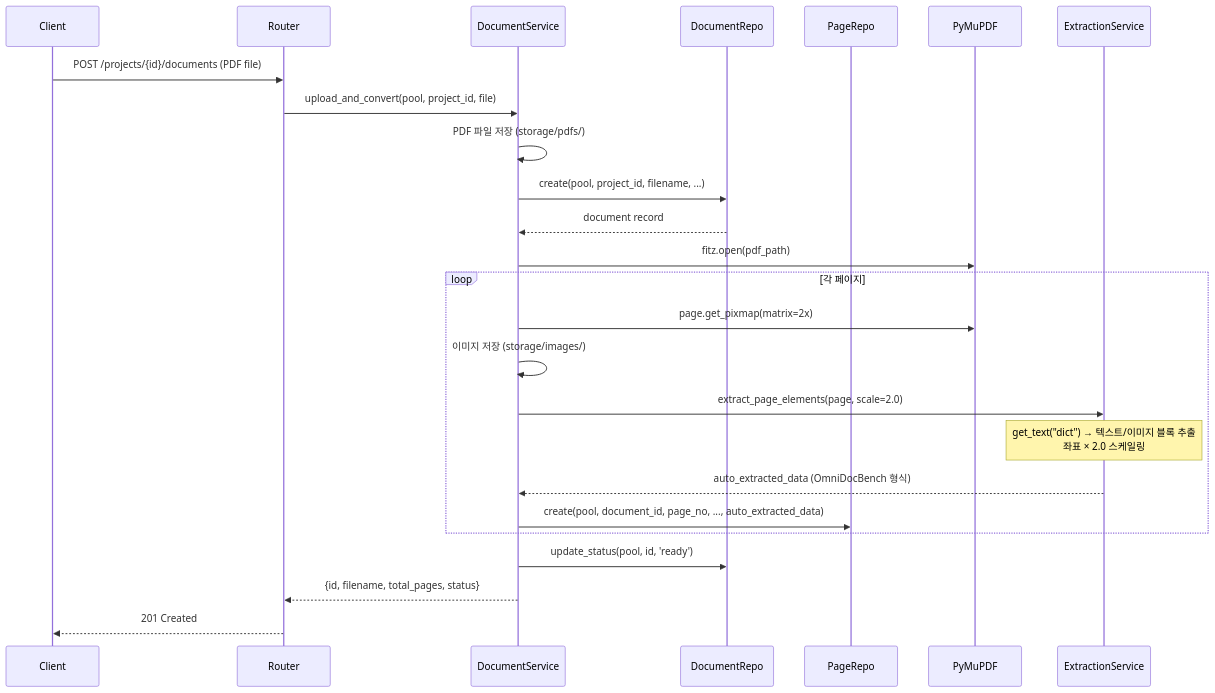
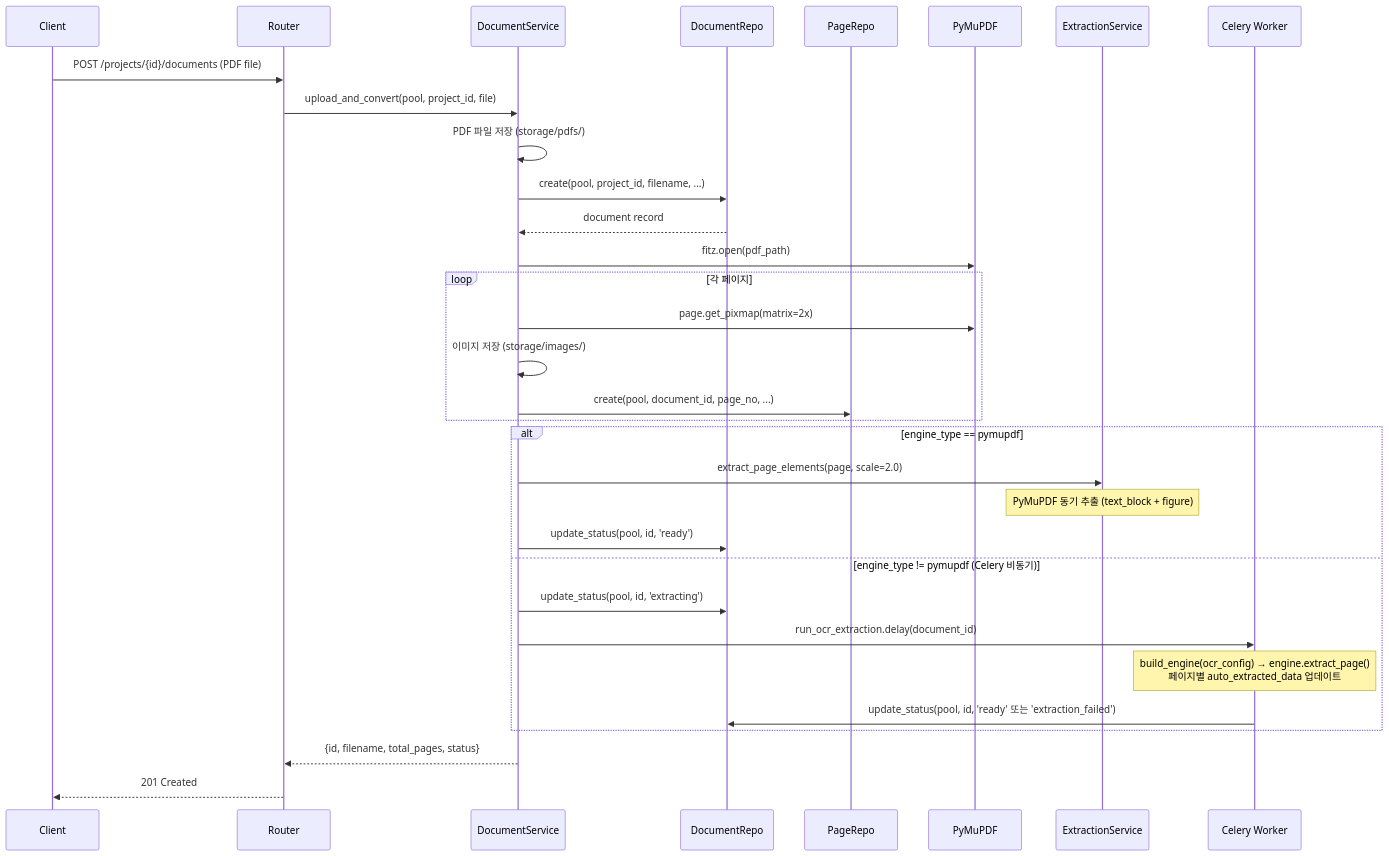
One commit to appleparan/saegim changed the second of 5 diagrams in docs/backend/design/architecture.md. Above: the diagram before and after it, drawn with Mermaid. The commit also changed other lines of this file and 9 other files, not shown here.

First line of the commit message:
docs: update documentation for engine_type OCR architecture

````diff
--- a/docs/backend/design/architecture.md
+++ b/docs/backend/design/architecture.md
@@ -95,28 +102,37 @@
 ```mermaid
 sequenceDiagram
     participant C as Client
     participant R as Router
     participant DS as DocumentService
     participant DR as DocumentRepo
     participant PR as PageRepo
     participant PDF as PyMuPDF
     participant EX as ExtractionService
+    participant CL as Celery Worker
 
     C->>R: POST /projects/{id}/documents (PDF file)
     R->>DS: upload_and_convert(pool, project_id, file)
     DS->>DS: PDF 파일 저장 (storage/pdfs/)
     DS->>DR: create(pool, project_id, filename, ...)
     DR-->>DS: document record
     DS->>PDF: fitz.open(pdf_path)
     loop 각 페이지
         DS->>PDF: page.get_pixmap(matrix=2x)
         DS->>DS: 이미지 저장 (storage/images/)
+        DS->>PR: create(pool, document_id, page_no, ...)
+    end
+
+    alt engine_type == pymupdf
         DS->>EX: extract_page_elements(page, scale=2.0)
-        Note over EX: get_text("dict") → 텍스트/이미지 블록 추출<br/>좌표 × 2.0 스케일링
-        EX-->>DS: auto_extracted_data (OmniDocBench 형식)
-        DS->>PR: create(pool, document_id, page_no, ..., auto_extracted_data)
+        Note over EX: PyMuPDF 동기 추출 (text_block + figure)
+        DS->>DR: update_status(pool, id, 'ready')
+    else engine_type != pymupdf (Celery 비동기)
+        DS->>DR: update_status(pool, id, 'extracting')
+        DS->>CL: run_ocr_extraction.delay(document_id)
+        Note over CL: build_engine(ocr_config) → engine.extract_page()<br/>페이지별 auto_extracted_data 업데이트
+        CL->>DR: update_status(pool, id, 'ready' 또는 'extraction_failed')
     end
-    DS->>DR: update_status(pool, id, 'ready')
+
     DS-->>R: {id, filename, total_pages, status}
     R-->>C: 201 Created
 ```
````
